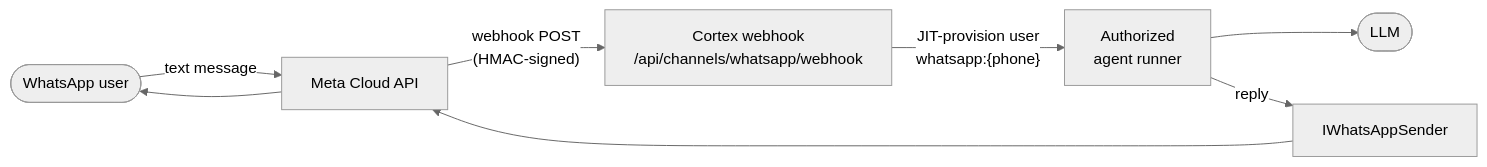
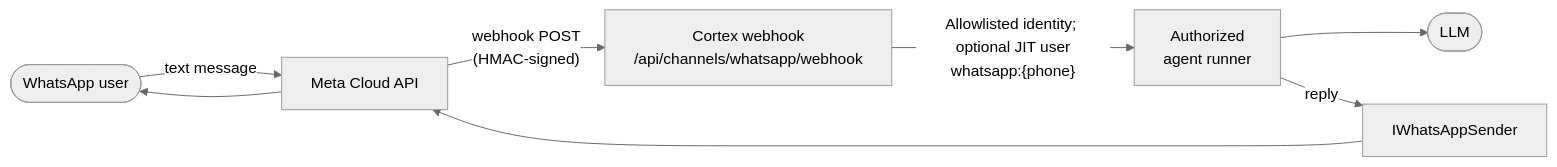
The diagram in docs/WHATSAPP_CHANNEL.md (abrahamFerga/Cortex), drawn with Mermaid (neutral theme) before and after one commit. The commit also changed 71 other files, not shown here.

````diff
--- a/docs/WHATSAPP_CHANNEL.md
+++ b/docs/WHATSAPP_CHANNEL.md
@@ -8,9 +8,9 @@
 ```mermaid
 flowchart LR
     W(["WhatsApp user"]) -->|"text message"| M["Meta Cloud API"]
     M -->|"webhook POST<br/>(HMAC-signed)"| C["Cortex webhook<br/>/api/channels/whatsapp/webhook"]
-    C -->|"JIT-provision user<br/>whatsapp:{phone}"| R["Authorized<br/>agent runner"]
+    C -->|"Allowlisted identity; optional JIT user<br/>whatsapp:{phone}"| R["Authorized<br/>agent runner"]
     R --> L(["LLM"])
     R -->|"reply"| S["IWhatsAppSender"]
     S --> M --> W
 ```
````
